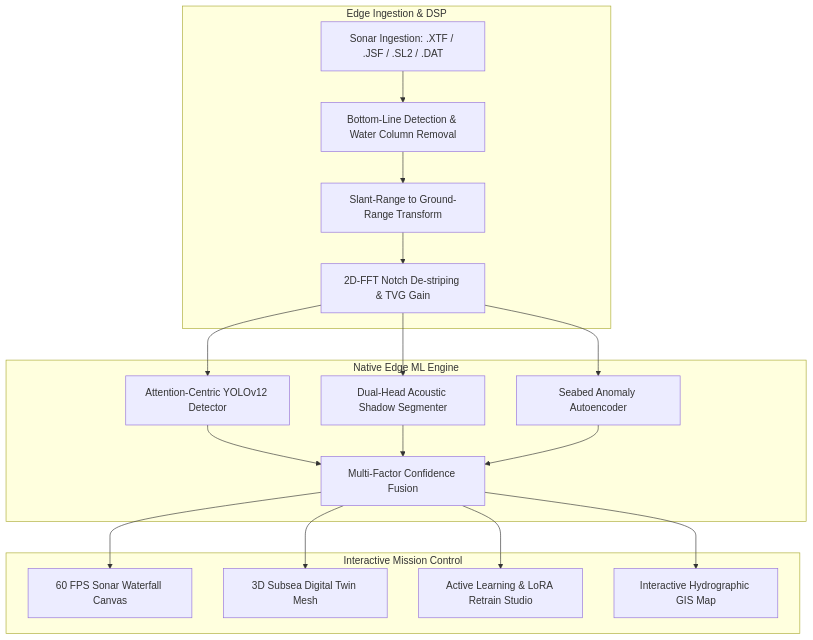
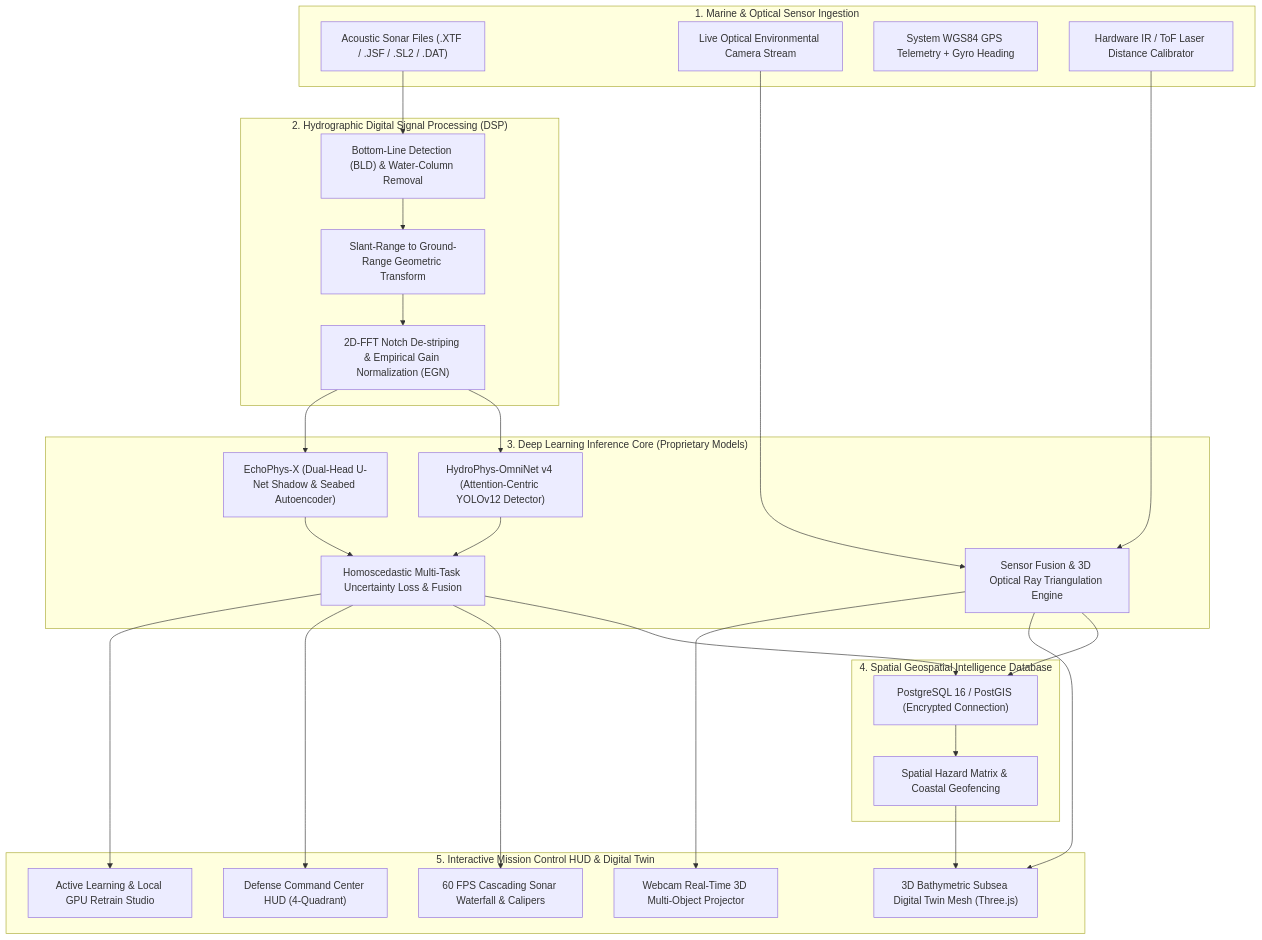
The diagram in README.md (ELANGKATHIR11/ECHO-PULSE), drawn with Mermaid before and after one commit. The commit also changed other lines of this file and 339 other files, not shown here.

Commit message:
feat: real-time 3D multi-object bathymetry, GPS/IR sensor fusion, defense command HUD, dual-licensing & deep learning optimizations

````diff
--- a/README.md
+++ b/README.md
@@ -15,22 +18,35 @@
 ```mermaid
 graph TD
-    subgraph Edge Ingestion & DSP
-        Raw[Sonar Ingestion: .XTF / .JSF / .SL2 / .DAT] --> BLD[Bottom-Line Detection & Water Column Removal]
-        BLD --> SRC[Slant-Range to Ground-Range Transform]
-        SRC --> FFT[2D-FFT Notch De-striping & TVG Gain]
+    subgraph SENSOR_INGESTION["1. Marine & Optical Sensor Ingestion"]
+        RawSonar["Acoustic Sonar Files (.XTF / .JSF / .SL2 / .DAT)"]
+        WebcamFeed["Live Optical Environmental Camera Stream"]
+        HardwareGps["System WGS84 GPS Telemetry + Gyro Heading"]
+        HardwareIR["Hardware IR / ToF Laser Distance Calibrator"]
     end
 
-    subgraph Native Edge ML Engine
-        FFT --> Yolo12[Attention-Centric YOLOv12 Detector]
-        FFT --> UNet[Dual-Head Acoustic Shadow Segmenter]
-        FFT --> AutoEnc[Seabed Anomaly Autoencoder]
-        Yolo12 & UNet & AutoEnc --> Fusion[Multi-Factor Confidence Fusion]
+    subgraph EDGE_DSP["2. Hydrographic Digital Signal Processing (DSP)"]
+        RawSonar --> BLD["Bottom-Line Detection (BLD) & Water-Column Removal"]
+        BLD --> SRC["Slant-Range to Ground-Range Geometric Transform"]
+        SRC --> FFT["2D-FFT Notch De-striping & Empirical Gain Normalization (EGN)"]
     end
 
-    subgraph Interactive Mission Control
-        Fusion --> Workstation[60 FPS Sonar Waterfall Canvas]
-        Fusion --> Twin[3D Subsea Digital Twin Mesh]
-        Fusion --> HITL[Active Learning & LoRA Retrain Studio]
-        Fusion --> GIS[Interactive Hydrographic GIS Map]
+    subgraph AI_CORE["3. Deep Learning Inference Core (Proprietary Models)"]
+        FFT --> HydroPhys["HydroPhys-OmniNet v4 (Attention-Centric YOLOv12 Detector)"]
+        FFT --> EchoPhys["EchoPhys-X (Dual-Head U-Net Shadow & Seabed Autoencoder)"]
+        WebcamFeed & HardwareIR --> SensorFusion["Sensor Fusion & 3D Optical Ray Triangulation Engine"]
+        HydroPhys & EchoPhys --> MultiFusion["Homoscedastic Multi-Task Uncertainty Loss & Fusion"]
+    end
+
+    subgraph POSTGIS_DB["4. Spatial Geospatial Intelligence Database"]
+        MultiFusion & SensorFusion --> PostGIS["PostgreSQL 16 / PostGIS (Encrypted Connection)"]
+        PostGIS --> GeoJSON["Spatial Hazard Matrix & Coastal Geofencing"]
+    end
+
+    subgraph MISSION_CONTROL["5. Interactive Mission Control HUD & Digital Twin"]
+        MultiFusion --> Waterfall["60 FPS Cascading Sonar Waterfall & Calipers"]
+        SensorFusion & GeoJSON --> Twin3D["3D Bathymetric Subsea Digital Twin Mesh (Three.js)"]
+        SensorFusion --> WebcamHUD["Webcam Real-Time 3D Multi-Object Projector"]
+        MultiFusion --> CommandCenter["Defense Command Center HUD (4-Quadrant)"]
+        MultiFusion --> HITL["Active Learning & Local GPU Retrain Studio"]
     end
 ```
````
